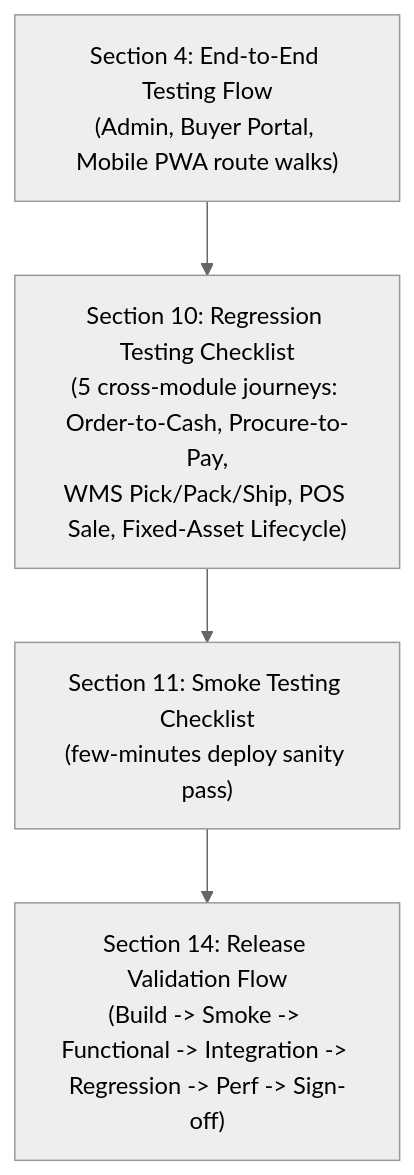
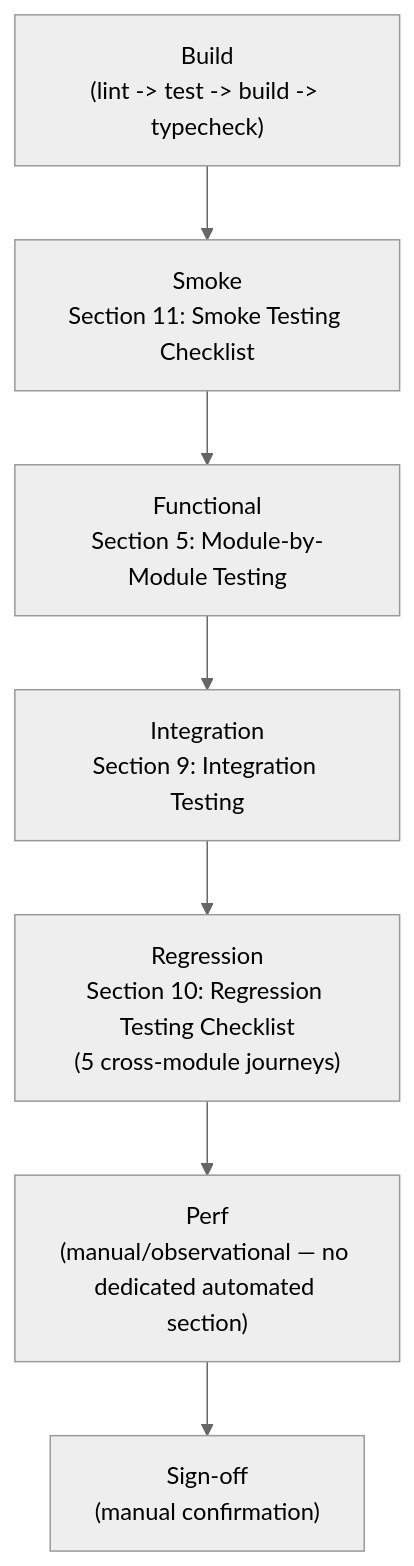
One commit to nitinbollam/Cosmos changed the tenth of 10 diagrams in docs/TESTING_FLOW.md. Above: the diagram before and after it, drawn with Mermaid (neutral theme). The commit also changed other lines of this file, not shown here.

Commit message:
docs: fix POS order-status contradiction and funnel ordering in Section 15

````diff
--- a/docs/TESTING_FLOW.md
+++ b/docs/TESTING_FLOW.md
@@ -3387,9 +3394,12 @@
 ```mermaid
 flowchart TD
-    E2E["Section 4: End-to-End Testing Flow\n(Admin, Buyer Portal, Mobile PWA route walks)"]
-    Reg["Section 10: Regression Testing Checklist\n(5 cross-module journeys: Order-to-Cash, Procure-to-Pay,\nWMS Pick/Pack/Ship, POS Sale, Fixed-Asset Lifecycle)"]
-    Smoke["Section 11: Smoke Testing Checklist\n(few-minutes deploy sanity pass)"]
-    Release["Section 14: Release Validation Flow\n(Build -> Smoke -> Functional -> Integration -> Regression -> Perf -> Sign-off)"]
+    Build["Build\n(lint -> test -> build -> typecheck)"]
+    Smoke["Smoke\nSection 11: Smoke Testing Checklist"]
+    Functional["Functional\nSection 5: Module-by-Module Testing"]
+    Integration["Integration\nSection 9: Integration Testing"]
+    Regression["Regression\nSection 10: Regression Testing Checklist\n(5 cross-module journeys)"]
+    Perf["Perf\n(manual/observational — no dedicated automated section)"]
+    SignOff["Sign-off\n(manual confirmation)"]
 
-    E2E --> Reg --> Smoke --> Release
+    Build --> Smoke --> Functional --> Integration --> Regression --> Perf --> SignOff
 ```
````
